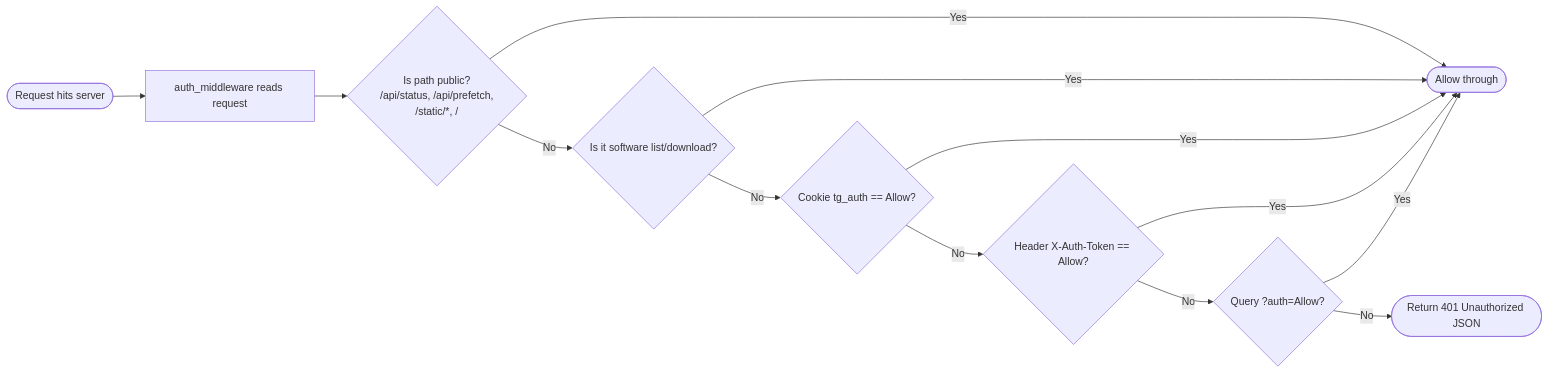
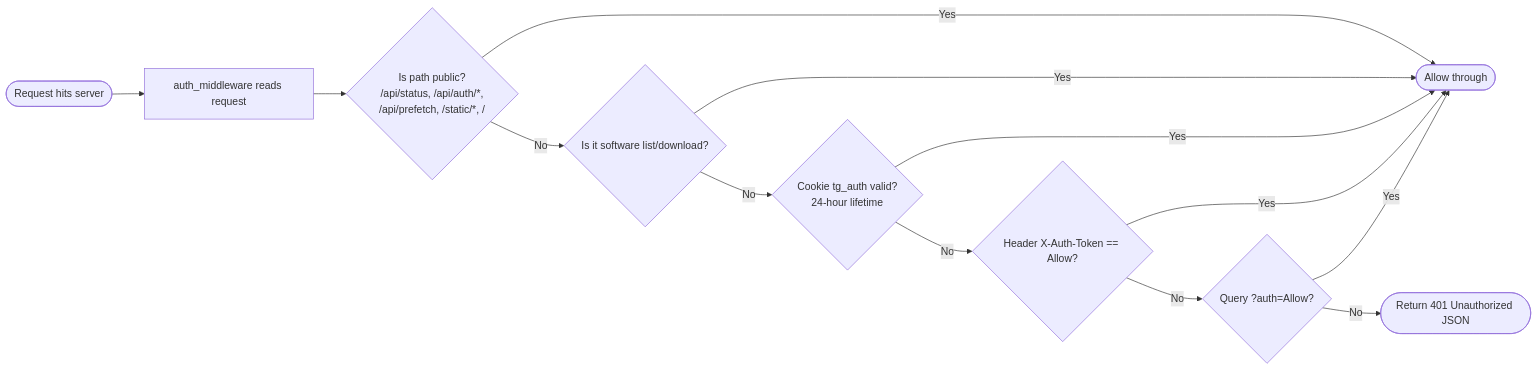
One commit to 120198subham/telegram-cloud-drive changed the eighth of 8 diagrams in architecture-scanner/6_data_flow.md. Above: the diagram before and after it, drawn with Mermaid. The commit also changed other lines of this file and 14 other files, not shown here.

````diff
--- a/architecture-scanner/6_data_flow.md
+++ b/architecture-scanner/6_data_flow.md
@@ -244,15 +257,15 @@
 ```mermaid
 flowchart LR
     A([Request hits server]) --> B[auth_middleware reads request]
-    B --> C{Is path public?\n/api/status, /api/prefetch,\n/static/*, /}
+    B --> C{Is path public?\n/api/status, /api/auth/*,\n/api/prefetch, /static/*, /}
     C -->|Yes| PASS([Allow through])
     C -->|No| D{Is it software list/download?}
     D -->|Yes| PASS
-    D -->|No| E{Cookie tg_auth == Allow?}
+    D -->|No| E{Cookie tg_auth valid?\n24-hour lifetime}
     E -->|Yes| PASS
     E -->|No| F{Header X-Auth-Token == Allow?}
     F -->|Yes| PASS
     F -->|No| G{Query ?auth=Allow?}
     G -->|Yes| PASS
     G -->|No| BLOCK([Return 401 Unauthorized JSON])
 ```
````
